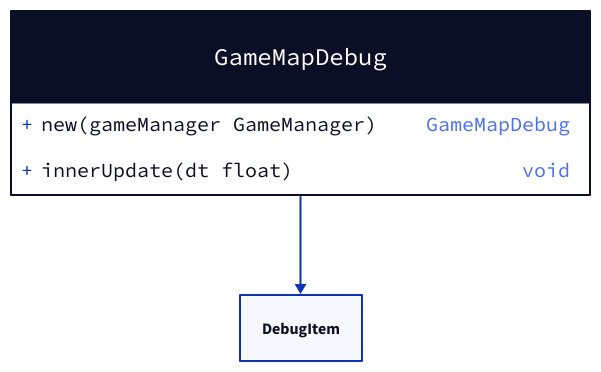
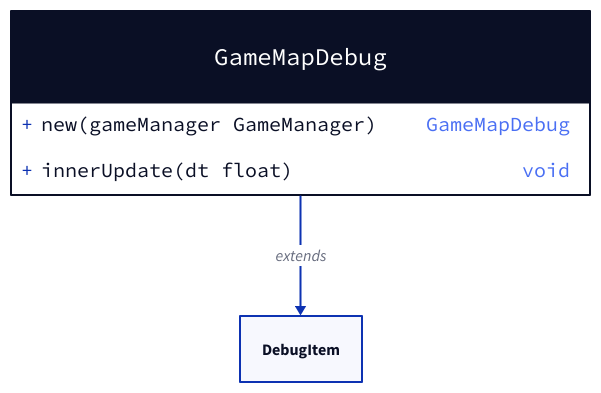
One commit to valcriss/gamingcampus-m1-lua-battletank changed the diagram in docs/game-map-debug.d2. Above: the diagram before and after it, drawn with D2. The commit also changed 64 other files, not shown here.

```diff
--- a/docs/game-map-debug.d2
+++ b/docs/game-map-debug.d2
@@ -1,8 +1,8 @@
 GameMapDebug: {
   shape: class
 
   +new(gameManager GameManager): GameMapDebug
 
   +innerUpdate(dt float): void
 }
-GameMapDebug -> DebugItem
+GameMapDebug -> DebugItem: extends
```
